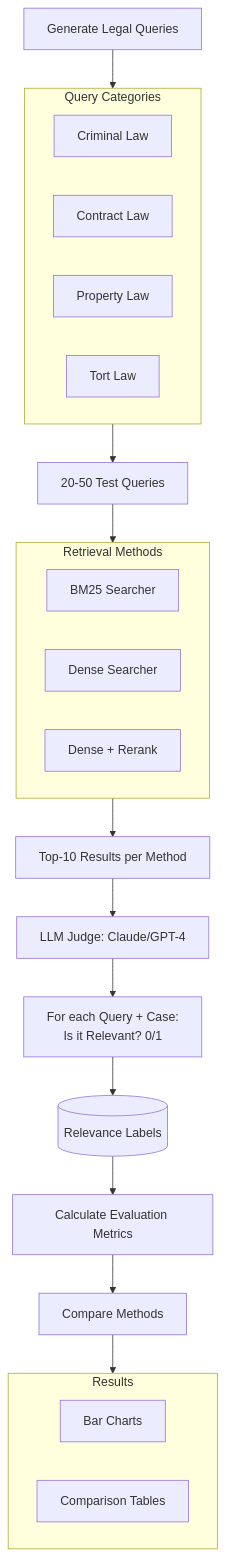
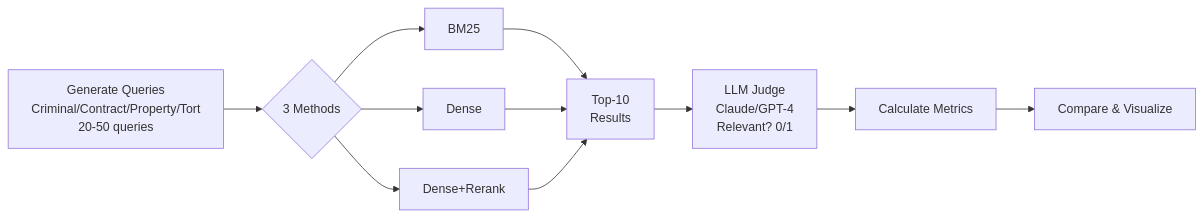
One commit to qianxusheng/PA-LawSearch changed the fifth of 5 diagrams in README.md. Above: the diagram before and after it, drawn with Mermaid.

Commit message:
update evaluation plan chart to make it shorter

````diff
--- a/README.md
+++ b/README.md
@@ -287,40 +287,18 @@
 ```mermaid
-flowchart TB
-    Start[Generate Legal Queries] --> Categories
+flowchart LR
+    Queries[Generate Queries<br/>Criminal/Contract/Property/Tort<br/>20-50 queries] --> Methods{3 Methods}
 
-    subgraph Categories[Query Categories]
-        Q1[Criminal Law]
-        Q2[Contract Law]
-        Q3[Property Law]
-        Q4[Tort Law]
-    end
+    Methods --> BM25[BM25]
+    Methods --> Dense[Dense]
+    Methods --> Rerank[Dense+Rerank]
 
-    Categories --> TestQueries[20-50 Test Queries]
+    BM25 --> Results[Top-10<br/>Results]
+    Dense --> Results
+    Rerank --> Results
 
-    TestQueries --> Methods
+    Results --> LLM[LLM Judge<br/>Claude/GPT-4<br/>Relevant? 0/1]
 
-    subgraph Methods[Retrieval Methods]
-        BM25[BM25 Searcher]
-        Dense[Dense Searcher]
-        Rerank[Dense + Rerank]
-    end
+    LLM --> Metrics[Calculate Metrics]
 
-    Methods --> Results[Top-10 Results per Method]
-
-    Results --> LLM[LLM Judge: Claude/GPT-4]
-
-    LLM --> Annotation["For each Query + Case:<br/>Is it Relevant? 0/1"]
-
-    Annotation --> Labels[(Relevance Labels)]
-
-    Labels --> Metrics[Calculate Evaluation Metrics]
-
-    Metrics --> Comparison[Compare Methods]
-
-    Comparison --> Visualization
-
-    subgraph Visualization[Results]
-        Charts[Bar Charts]
-        Tables[Comparison Tables]
-    end
+    Metrics --> Compare[Compare & Visualize]
 ```
````
